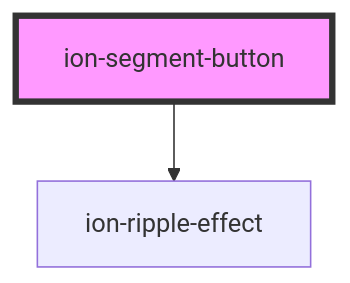
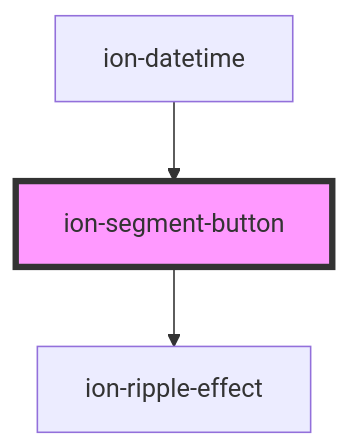
Before and after one commit to Ryu9425/ang_ionic: the diagram in core/src/components/segment-button/readme.md, drawn with Mermaid. The commit also changed other lines of this file and 62 other files, not shown here.

````diff
--- a/core/src/components/segment-button/readme.md
+++ b/core/src/components/segment-button/readme.md
@@ -860,5 +864,6 @@
 ```mermaid
 graph TD;
   ion-segment-button --> ion-ripple-effect
+  ion-datetime --> ion-segment-button
   style ion-segment-button fill:#f9f,stroke:#333,stroke-width:4px
 ```
````
